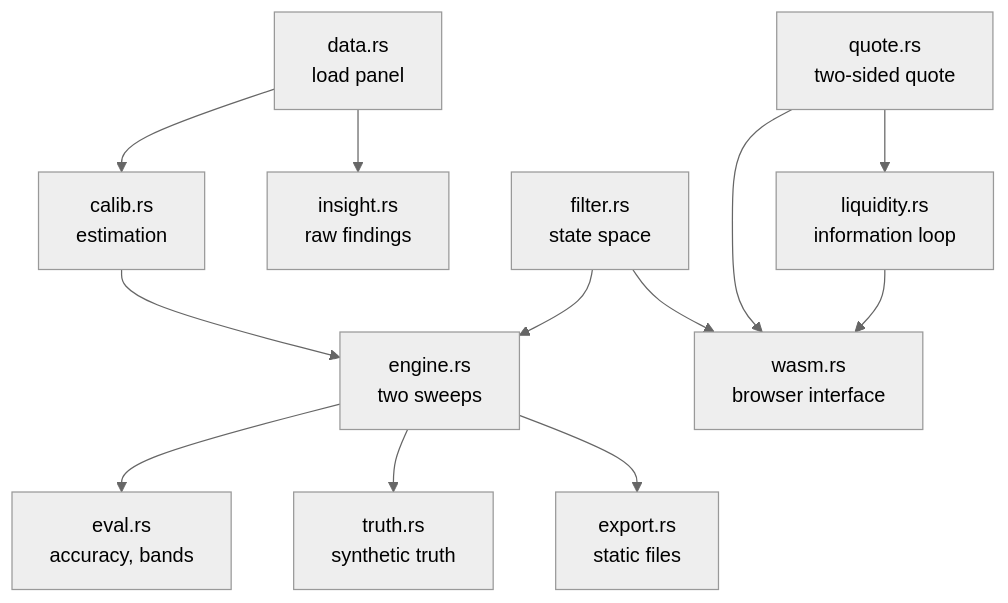
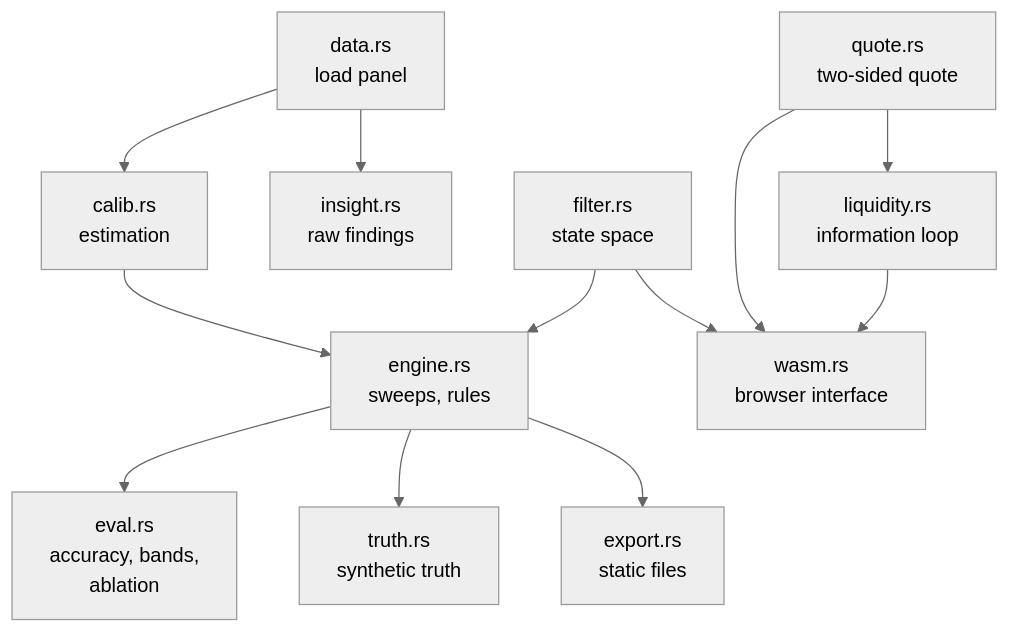
Before and after one commit to Rishi0507/Syndicate-Intra-quarter-Level-3-marks: the fourth of 10 diagrams in docs/architecture.md, drawn with Mermaid (neutral theme). The commit also changed other lines of this file and 8 other files, not shown here.

````diff
--- a/docs/architecture.md
+++ b/docs/architecture.md
@@ -145,14 +145,14 @@
 ```mermaid
 flowchart TB
     DATA["data.rs<br/>load panel"] --> CAL["calib.rs<br/>estimation"]
     DATA --> INS["insight.rs<br/>raw findings"]
-    CAL --> ENG["engine.rs<br/>two sweeps"]
+    CAL --> ENG["engine.rs<br/>sweeps, rules"]
     FIL["filter.rs<br/>state space"] --> ENG
-    ENG --> EVAL["eval.rs<br/>accuracy, bands"]
+    ENG --> EVAL["eval.rs<br/>accuracy, bands,<br/>ablation"]
     ENG --> TRUTH["truth.rs<br/>synthetic truth"]
     ENG --> EXP["export.rs<br/>static files"]
     FIL --> WAS["wasm.rs<br/>browser interface"]
     QUO["quote.rs<br/>two-sided quote"] --> LIQ["liquidity.rs<br/>information loop"]
     QUO --> WAS
     LIQ --> WAS
 ```
````
